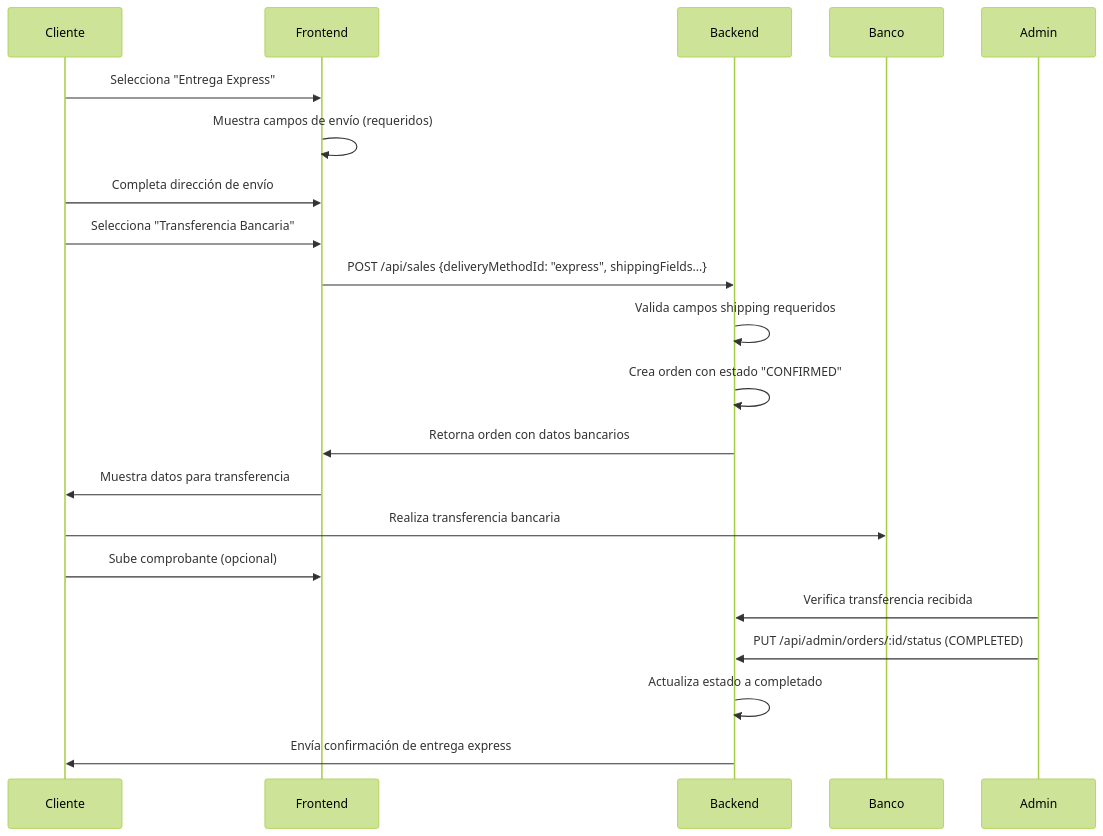
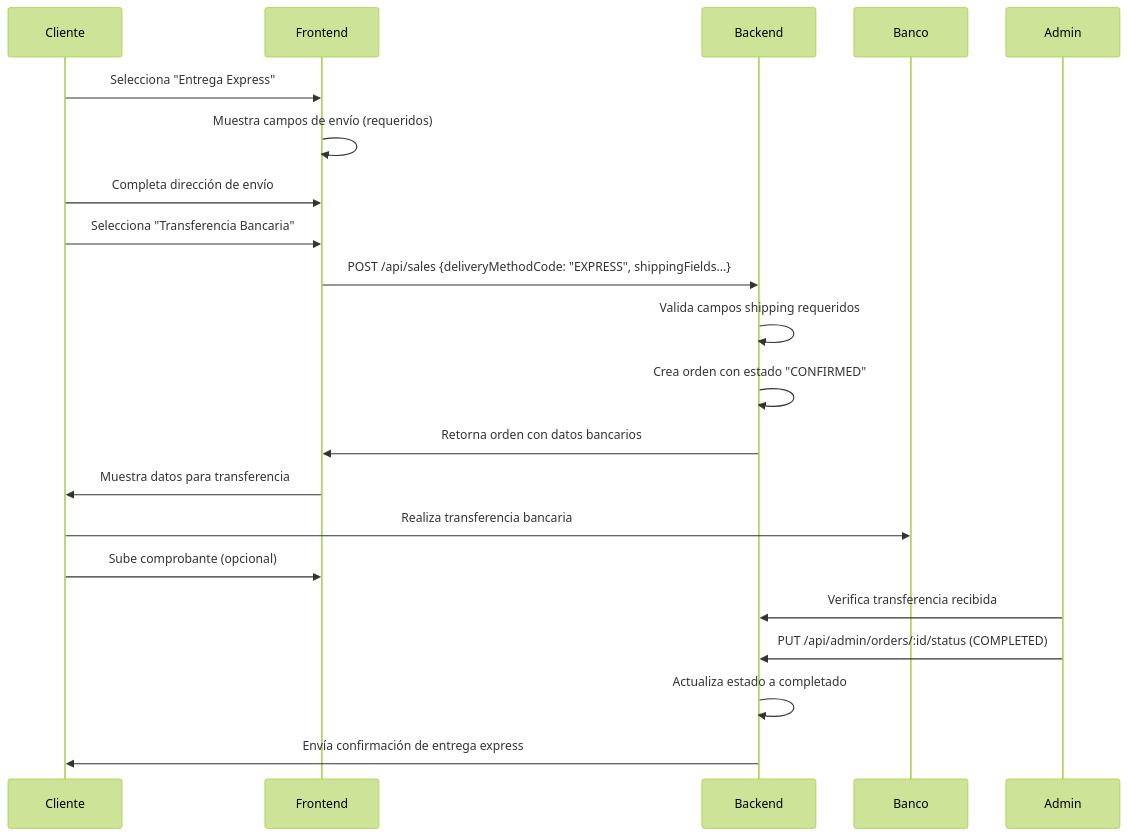
The third of 3 diagrams in docs_backend/payment-methods-manual.md (Ivetta-Luis-Alberto-114588/front-startup), drawn with Mermaid (forest theme) before and after one commit. The commit also changed other lines of this file and 5 other files, not shown here.

````diff
--- a/docs_backend/payment-methods-manual.md
+++ b/docs_backend/payment-methods-manual.md
@@ -297,26 +356,26 @@
 ```mermaid
 sequenceDiagram
     participant C as Cliente
     participant F as Frontend
     participant B as Backend
     participant Bank as Banco
     participant A as Admin
     
     C->>F: Selecciona "Entrega Express"
     F->>F: Muestra campos de envío (requeridos)
     C->>F: Completa dirección de envío
     C->>F: Selecciona "Transferencia Bancaria"
-    F->>B: POST /api/sales {deliveryMethodId: "express", shippingFields...}
+    F->>B: POST /api/sales {deliveryMethodCode: "EXPRESS", shippingFields...}
     B->>B: Valida campos shipping requeridos
     B->>B: Crea orden con estado "CONFIRMED"
     B->>F: Retorna orden con datos bancarios
     F->>C: Muestra datos para transferencia
     
     C->>Bank: Realiza transferencia bancaria
     C->>F: Sube comprobante (opcional)
     
     A->>B: Verifica transferencia recibida
     A->>B: PUT /api/admin/orders/:id/status (COMPLETED)
     B->>B: Actualiza estado a completado
     B->>C: Envía confirmación de entrega express
 ```
````
